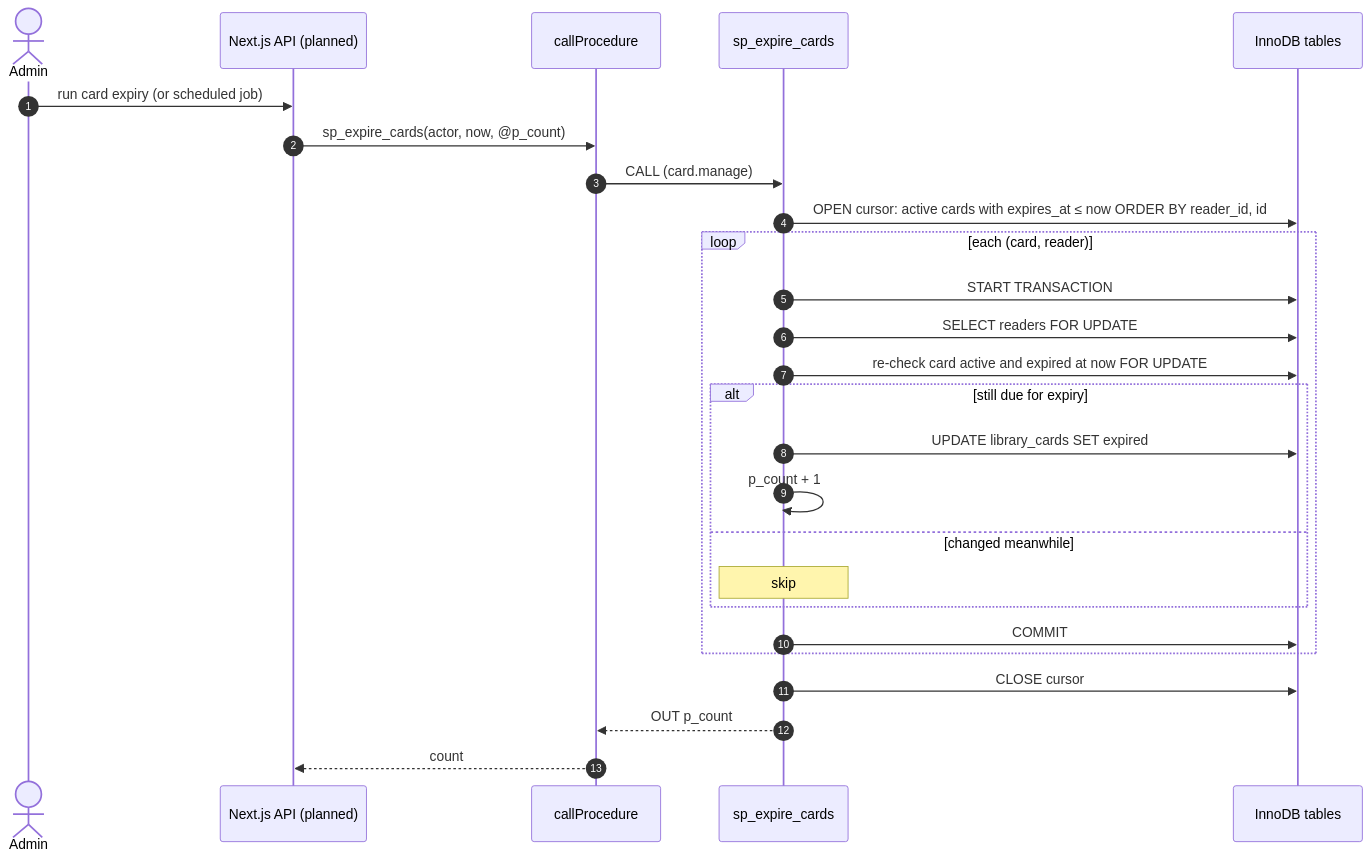
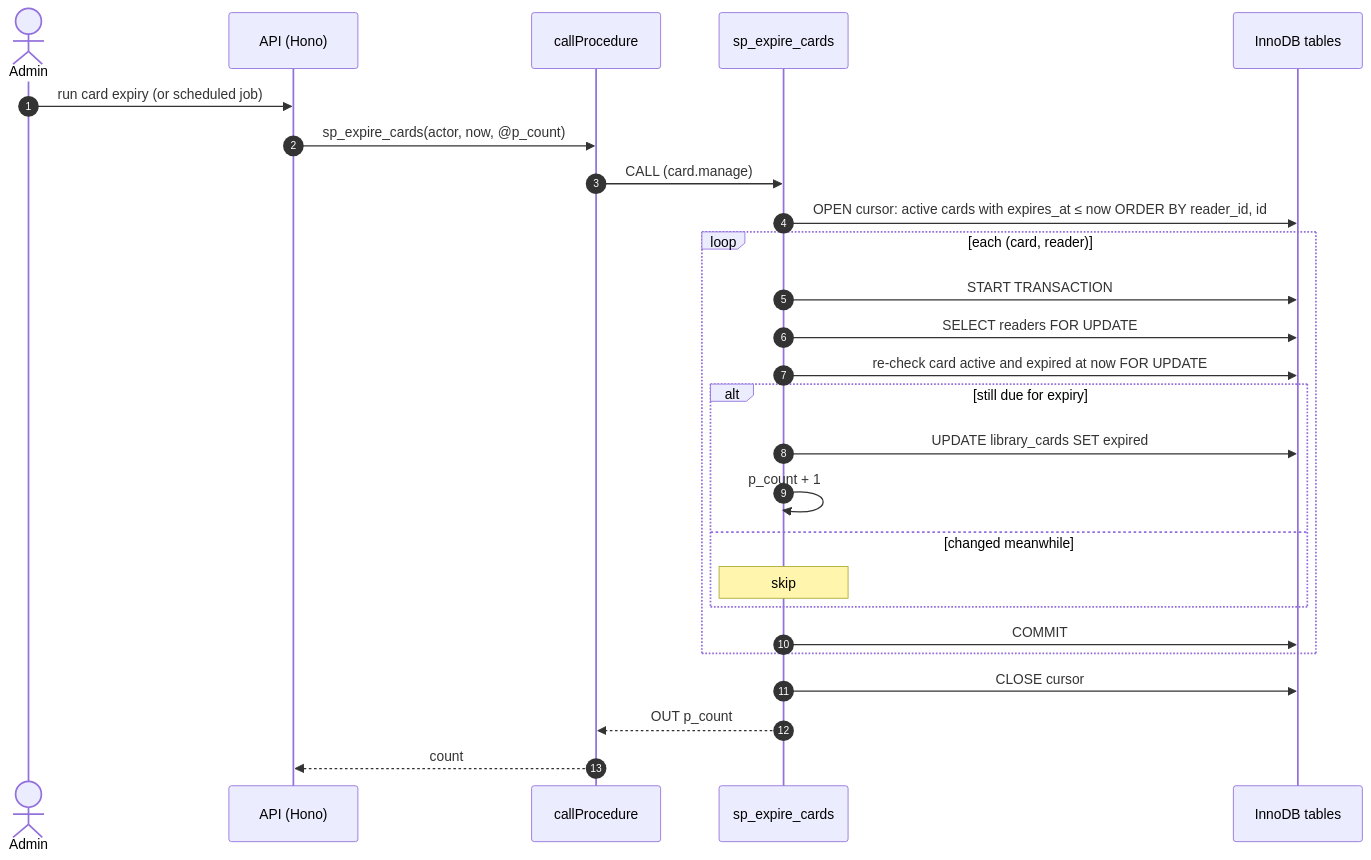
Diagram 16 of 27 in ARCHITECTURE.md (ThinhLC/uitlib), drawn with Mermaid before and after one commit. The commit also changed other lines of this file and 129 other files, not shown here.

First line of the commit message:
feat(api): library API with Hono, Supabase auth and shared contract (spec 002)

````diff
--- a/ARCHITECTURE.md
+++ b/ARCHITECTURE.md
@@ -1302,29 +1306,29 @@
 ```mermaid
 sequenceDiagram
     autonumber
     actor Admin
-    participant App as Next.js API (planned)
+    participant App as API (Hono)
     participant CP as callProcedure
     participant SP as sp_expire_cards
     participant DB as InnoDB tables
 
     Admin->>App: run card expiry (or scheduled job)
     App->>CP: sp_expire_cards(actor, now, @p_count)
     CP->>SP: CALL (card.manage)
     SP->>DB: OPEN cursor: active cards with expires_at ≤ now ORDER BY reader_id, id
     loop each (card, reader)
         SP->>DB: START TRANSACTION
         SP->>DB: SELECT readers FOR UPDATE
         SP->>DB: re-check card active and expired at now FOR UPDATE
         alt still due for expiry
             SP->>DB: UPDATE library_cards SET expired
             SP->>SP: p_count + 1
         else changed meanwhile
             Note over SP: skip
         end
         SP->>DB: COMMIT
     end
     SP->>DB: CLOSE cursor
     SP-->>CP: OUT p_count
     CP-->>App: count
 ```
````
